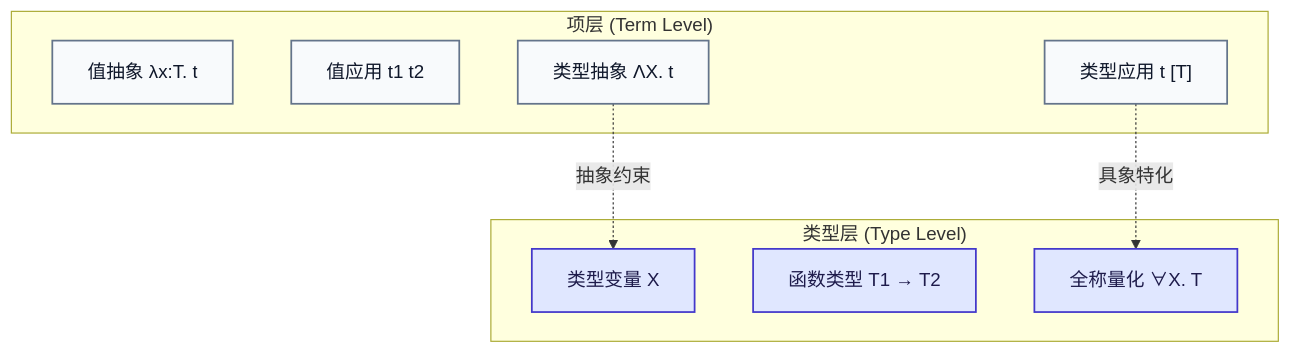
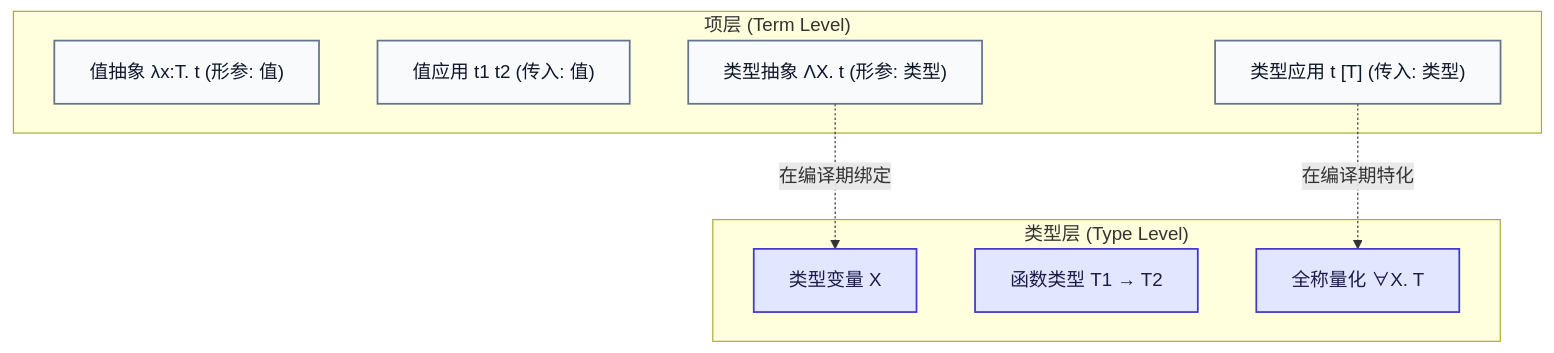
One commit to jihaohaaaa/gfxvis changed the first of 3 diagrams in src/content/posts/type-systems/parametric-polymorphism-system-f.mdx. Above: the diagram before and after it, drawn with Mermaid. The commit also changed other lines of this file and 6 other files, not shown here.

Commit message:
feat(content): add subtype and variance article, interactive diagram, and E2E tests

````diff
--- a/src/content/posts/type-systems/parametric-polymorphism-system-f.mdx
+++ b/src/content/posts/type-systems/parametric-polymorphism-system-f.mdx
@@ -70,21 +105,21 @@
 ```mermaid
 graph TD
     classDef type fill:#e0e7ff,stroke:#4338ca,stroke-width:1.5px,color:#1e1b4b;
     classDef term fill:#f8fafc,stroke:#64748b,stroke-width:1.5px,color:#0f172a;
 
     subgraph TypeLevel["类型层 (Type Level)"]
         TVar["类型变量 X"]:::type
         TArr["函数类型 T1 → T2"]:::type
         TAll["全称量化 ∀X. T"]:::type
     end
 
     subgraph TermLevel["项层 (Term Level)"]
-        Abs["值抽象 λx:T. t"]:::term
-        App["值应用 t1 t2"]:::term
-        TAbs["类型抽象 ΛX. t"]:::term
-        TApp["类型应用 t [T]"]:::term
+        Abs["值抽象 λx:T. t (形参: 值)"]:::term
+        App["值应用 t1 t2 (传入: 值)"]:::term
+        TAbs["类型抽象 ΛX. t (形参: 类型)"]:::term
+        TApp["类型应用 t [T] (传入: 类型)"]:::term
     end
 
-    TAbs -.->|"抽象约束"| TVar
-    TApp -.->|"具象特化"| TAll
+    TAbs -.->|"在编译期绑定"| TVar
+    TApp -.->|"在编译期特化"| TAll
 ```
````
